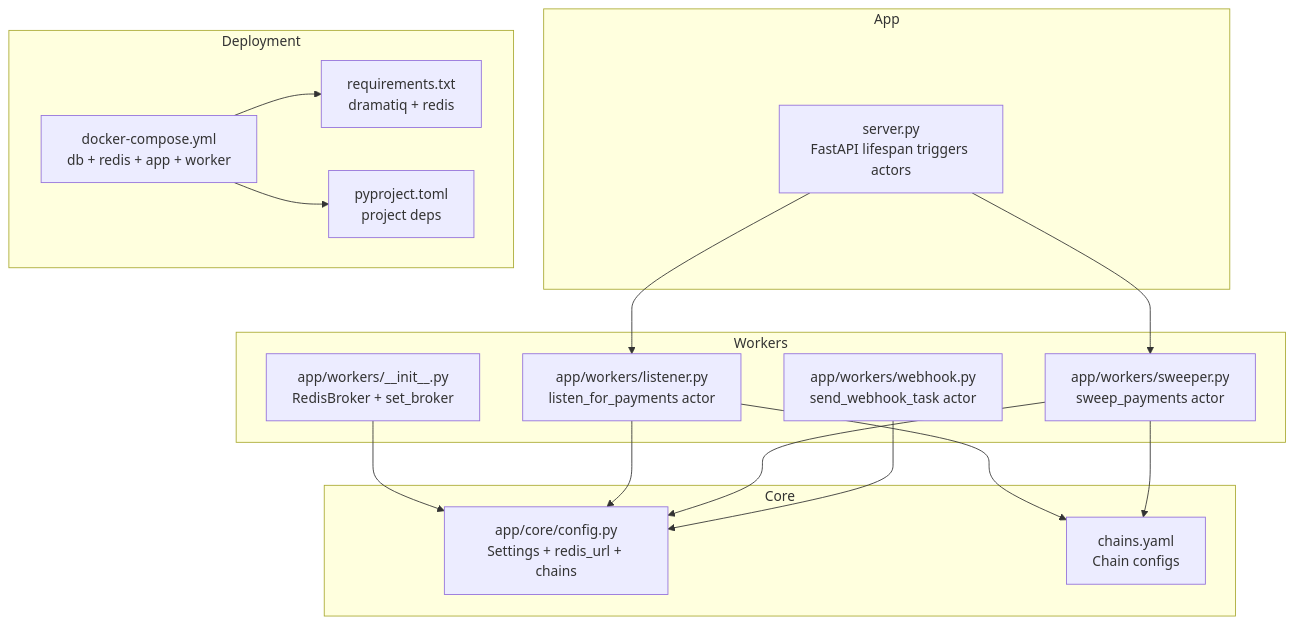
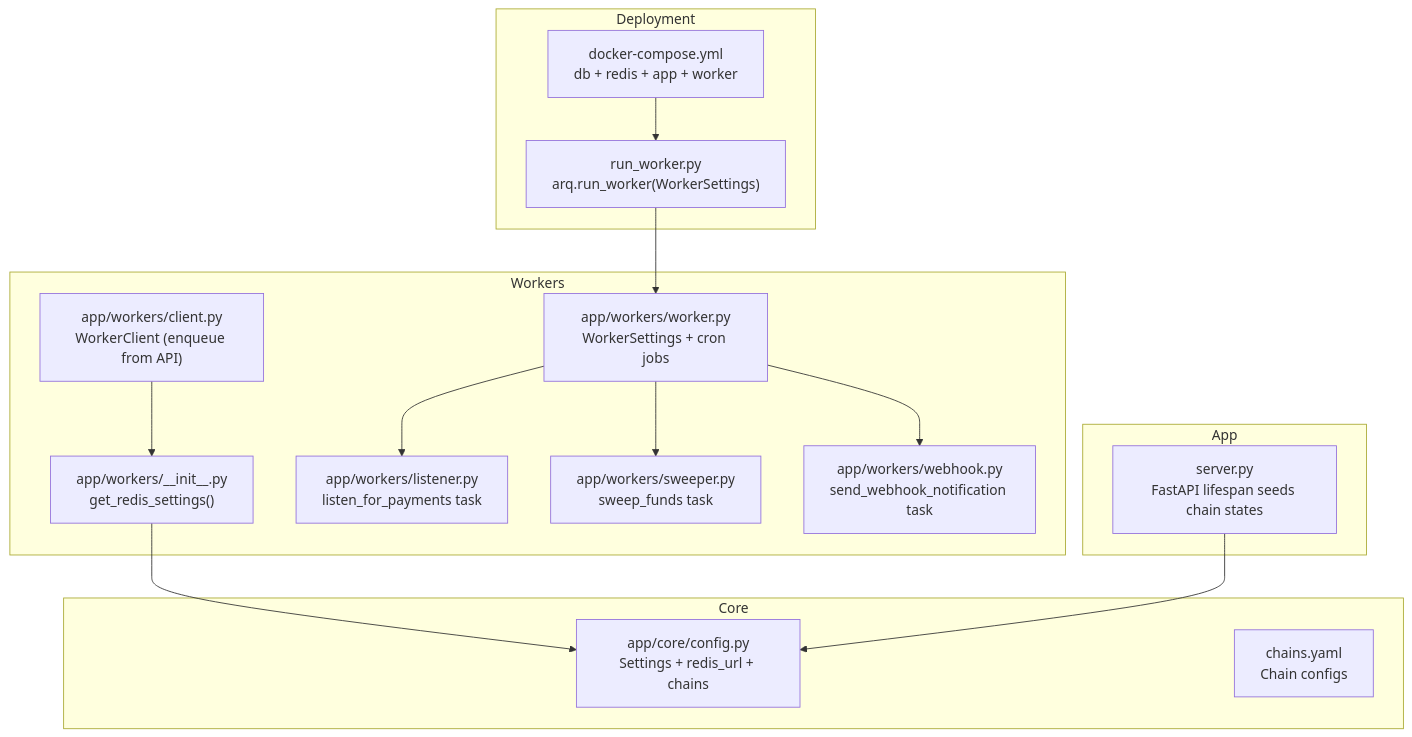
Before and after one commit to rakibhossain72/ctrip-docs: the first of 5 diagrams in docs/background-processing/worker-architecture.md, drawn with Mermaid. The commit also changed other lines of this file and 25 other files, not shown here.

First line of the commit message:
docs: Update documentation to reflect ARQ task migration from Dramatiq

````diff
--- a/docs/background-processing/worker-architecture.md
+++ b/docs/background-processing/worker-architecture.md
@@ -41,31 +41,30 @@
 ```mermaid
 graph TB
 subgraph "Workers"
-WInit["app/workers/__init__.py<br/>RedisBroker + set_broker"]
-WListener["app/workers/listener.py<br/>listen_for_payments actor"]
-WSweeper["app/workers/sweeper.py<br/>sweep_payments actor"]
-WWebhook["app/workers/webhook.py<br/>send_webhook_task actor"]
+WInit["app/workers/__init__.py<br/>get_redis_settings()"]
+WWorker["app/workers/worker.py<br/>WorkerSettings + cron jobs"]
+WListener["app/workers/listener.py<br/>listen_for_payments task"]
+WSweeper["app/workers/sweeper.py<br/>sweep_funds task"]
+WWebhook["app/workers/webhook.py<br/>send_webhook_notification task"]
+WClient["app/workers/client.py<br/>WorkerClient (enqueue from API)"]
 end
 subgraph "Core"
 Cfg["app/core/config.py<br/>Settings + redis_url + chains"]
 Chains["chains.yaml<br/>Chain configs"]
 end
 subgraph "App"
-Srv["server.py<br/>FastAPI lifespan triggers actors"]
+Srv["server.py<br/>FastAPI lifespan seeds chain states"]
 end
 subgraph "Deployment"
 Dc["docker-compose.yml<br/>db + redis + app + worker"]
-Req["requirements.txt<br/>dramatiq + redis"]
-Pj["pyproject.toml<br/>project deps"]
+RunW["run_worker.py<br/>arq.run_worker(WorkerSettings)"]
 end
 WInit --> Cfg
-WListener --> Cfg
-WSweeper --> Cfg
-WWebhook --> Cfg
-WListener --> Chains
-WSweeper --> Chains
-Srv --> WListener
-Srv --> WSweeper
-Dc --> Req
-Dc --> Pj
+WWorker --> WListener
+WWorker --> WSweeper
+WWorker --> WWebhook
+WClient --> WInit
+Srv --> Cfg
+Dc --> RunW
+RunW --> WWorker
 ```
````
